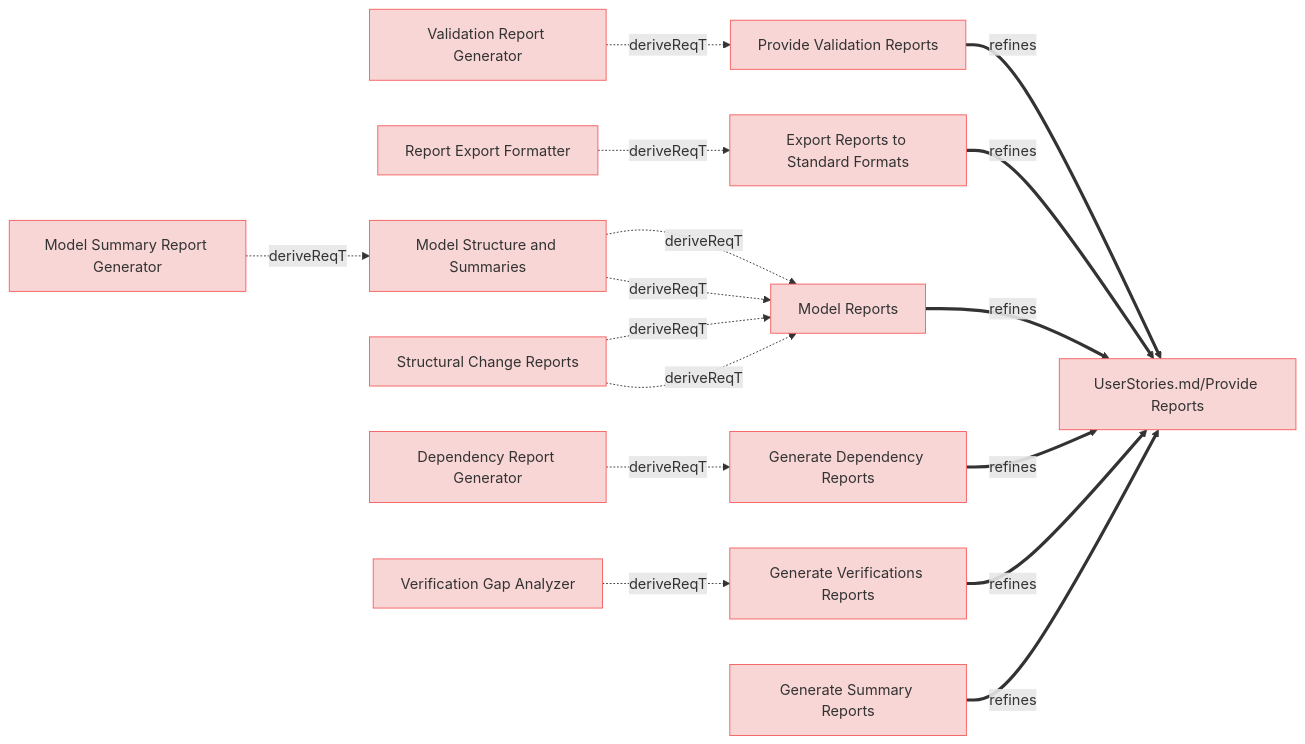
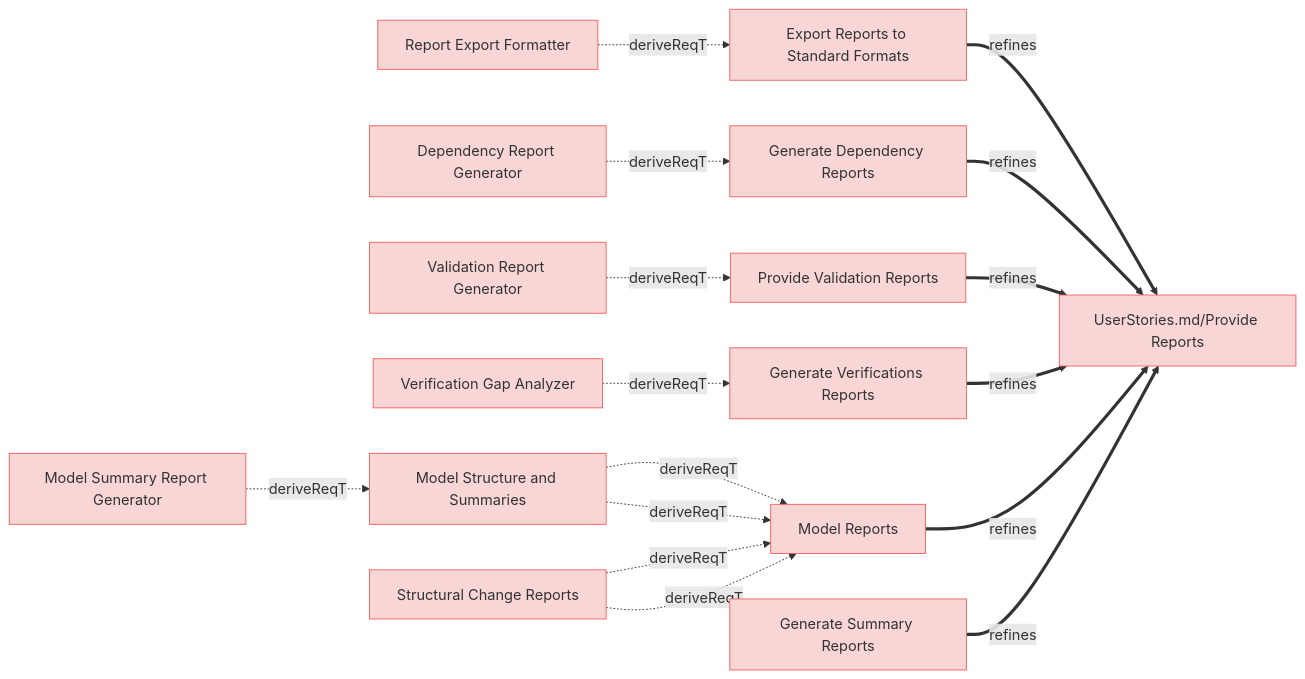
The fifth of 9 diagrams in specifications/UserRequirements.md (reqvire-org/reqvire), drawn with Mermaid before and after one commit. The commit also changed other lines of this file and 7 other files, not shown here.

Commit message:
Updated diagrams.

````diff
--- a/specifications/UserRequirements.md
+++ b/specifications/UserRequirements.md
@@ -454,66 +454,66 @@
 ```mermaid
 graph LR;
   %% Graph styling
   classDef requirement fill:#f9d6d6,stroke:#f55f5f,stroke-width:1px;
   classDef verification fill:#d6f9d6,stroke:#5fd75f,stroke-width:1px;
   classDef externalLink fill:#d0e0ff,stroke:#3080ff,stroke-width:1px;
   classDef default fill:#f5f5f5,stroke:#333333,stroke-width:1px;
 
-  482c757913["Provide Validation Reports"];
-  click 482c757913 "UserRequirements.md#provide-validation-reports";
-  class 482c757913 requirement;
+  2afa7f3a20["Export Reports to Standard Formats"];
+  click 2afa7f3a20 "UserRequirements.md#export-reports-to-standard-formats";
+  class 2afa7f3a20 requirement;
   fe32882ee2["UserStories.md/Provide Reports"];
   class fe32882ee2 requirement;
   click fe32882ee2 "UserStories.md#provide-reports";
-  482c757913 ==>|refines| fe32882ee2;
-  143766be8c["Validation Report Generator"];
-  class 143766be8c requirement;
-  click 143766be8c "SystemRequirements/Requirements.md#validation-report-generator";
-  143766be8c -.->|deriveReqT| 482c757913;
-  2afa7f3a20["Export Reports to Standard Formats"];
-  click 2afa7f3a20 "UserRequirements.md#export-reports-to-standard-formats";
-  class 2afa7f3a20 requirement;
   2afa7f3a20 ==>|refines| fe32882ee2;
   2ccb7e5510["Report Export Formatter"];
   class 2ccb7e5510 requirement;
   click 2ccb7e5510 "SystemRequirements/Requirements.md#report-export-formatter";
   2ccb7e5510 -.->|deriveReqT| 2afa7f3a20;
+  b342220e0d["Model Structure and Summaries"];
+  click b342220e0d "UserRequirements.md#model-structure-and-summaries";
+  class b342220e0d requirement;
   f8e7625d29["Model Reports"];
+  class f8e7625d29 requirement;
   click f8e7625d29 "UserRequirements.md#model-reports";
-  class f8e7625d29 requirement;
-  f8e7625d29 ==>|refines| fe32882ee2;
-  b342220e0d["Model Structure and Summaries"];
-  class b342220e0d requirement;
-  click b342220e0d "UserRequirements.md#model-structure-and-summaries";
   b342220e0d -.->|deriveReqT| f8e7625d29;
-  32850509a0["Structural Change Reports"];
-  class 32850509a0 requirement;
-  click 32850509a0 "UserRequirements.md#structural-change-reports";
-  32850509a0 -.->|deriveReqT| f8e7625d29;
+  cccd4e46e2["Model Summary Report Generator"];
+  class cccd4e46e2 requirement;
+  click cccd4e46e2 "SystemRequirements/Requirements.md#model-summary-report-generator";
+  cccd4e46e2 -.->|deriveReqT| b342220e0d;
   812d42f453["Generate Dependency Reports"];
   click 812d42f453 "UserRequirements.md#generate-dependency-reports";
   class 812d42f453 requirement;
   812d42f453 ==>|refines| fe32882ee2;
   57cbef16c5["Dependency Report Generator"];
   class 57cbef16c5 requirement;
   click 57cbef16c5 "SystemRequirements/Requirements.md#dependency-report-generator";
   57cbef16c5 -.->|deriveReqT| 812d42f453;
-  b342220e0d -.->|deriveReqT| f8e7625d29;
-  cccd4e46e2["Model Summary Report Generator"];
-  class cccd4e46e2 requirement;
-  click cccd4e46e2 "SystemRequirements/Requirements.md#model-summary-report-generator";
-  cccd4e46e2 -.->|deriveReqT| b342220e0d;
-  32850509a0 -.->|deriveReqT| f8e7625d29;
+  482c757913["Provide Validation Reports"];
+  click 482c757913 "UserRequirements.md#provide-validation-reports";
+  class 482c757913 requirement;
+  482c757913 ==>|refines| fe32882ee2;
+  143766be8c["Validation Report Generator"];
+  class 143766be8c requirement;
+  click 143766be8c "SystemRequirements/Requirements.md#validation-report-generator";
+  143766be8c -.->|deriveReqT| 482c757913;
   d0e9e8d143["Generate Verifications Reports"];
   click d0e9e8d143 "UserRequirements.md#generate-verifications-reports";
   class d0e9e8d143 requirement;
   d0e9e8d143 ==>|refines| fe32882ee2;
   d842bc0e30["Verification Gap Analyzer"];
   class d842bc0e30 requirement;
   click d842bc0e30 "SystemRequirements/Requirements.md#verification-gap-analyzer";
   d842bc0e30 -.->|deriveReqT| d0e9e8d143;
+  f8e7625d29 ==>|refines| fe32882ee2;
+  b342220e0d -.->|deriveReqT| f8e7625d29;
+  32850509a0["Structural Change Reports"];
+  class 32850509a0 requirement;
+  click 32850509a0 "UserRequirements.md#structural-change-reports";
+  32850509a0 -.->|deriveReqT| f8e7625d29;
+  32850509a0 -.->|deriveReqT| f8e7625d29;
   596c459d31["Generate Summary Reports"];
   click 596c459d31 "UserRequirements.md#generate-summary-reports";
   class 596c459d31 requirement;
   596c459d31 ==>|refines| fe32882ee2;
 ```
````
